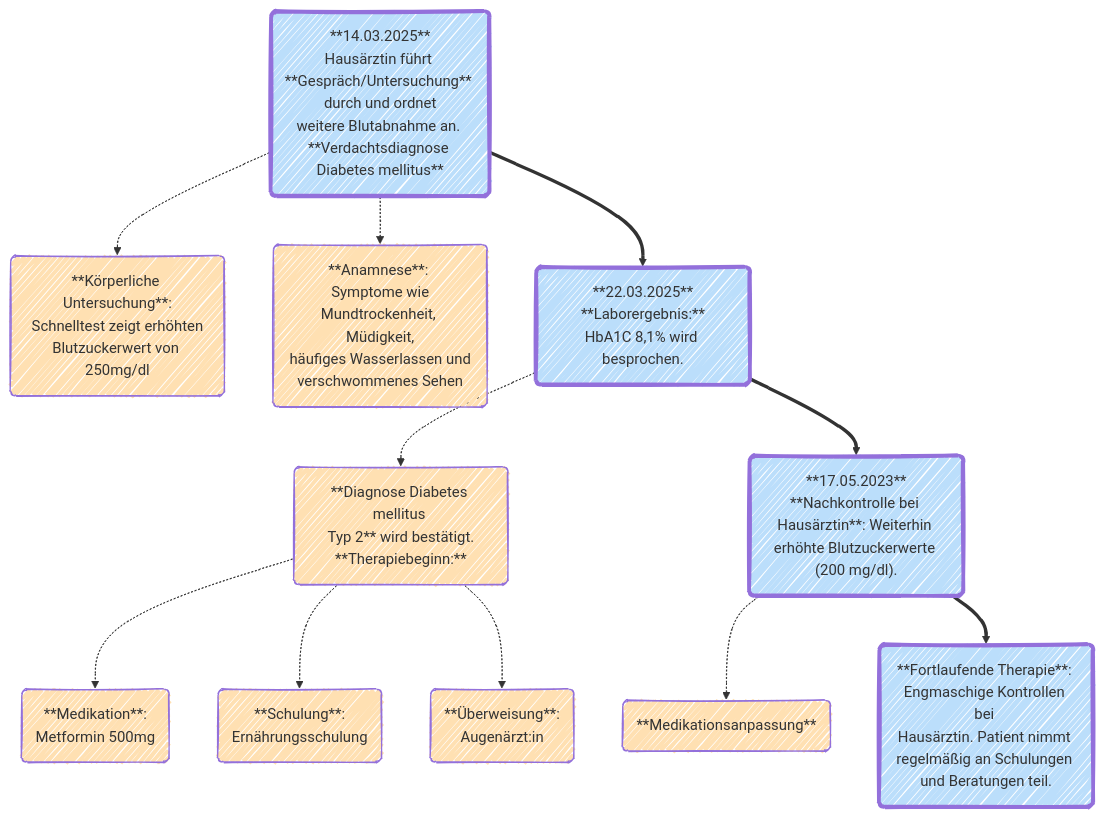
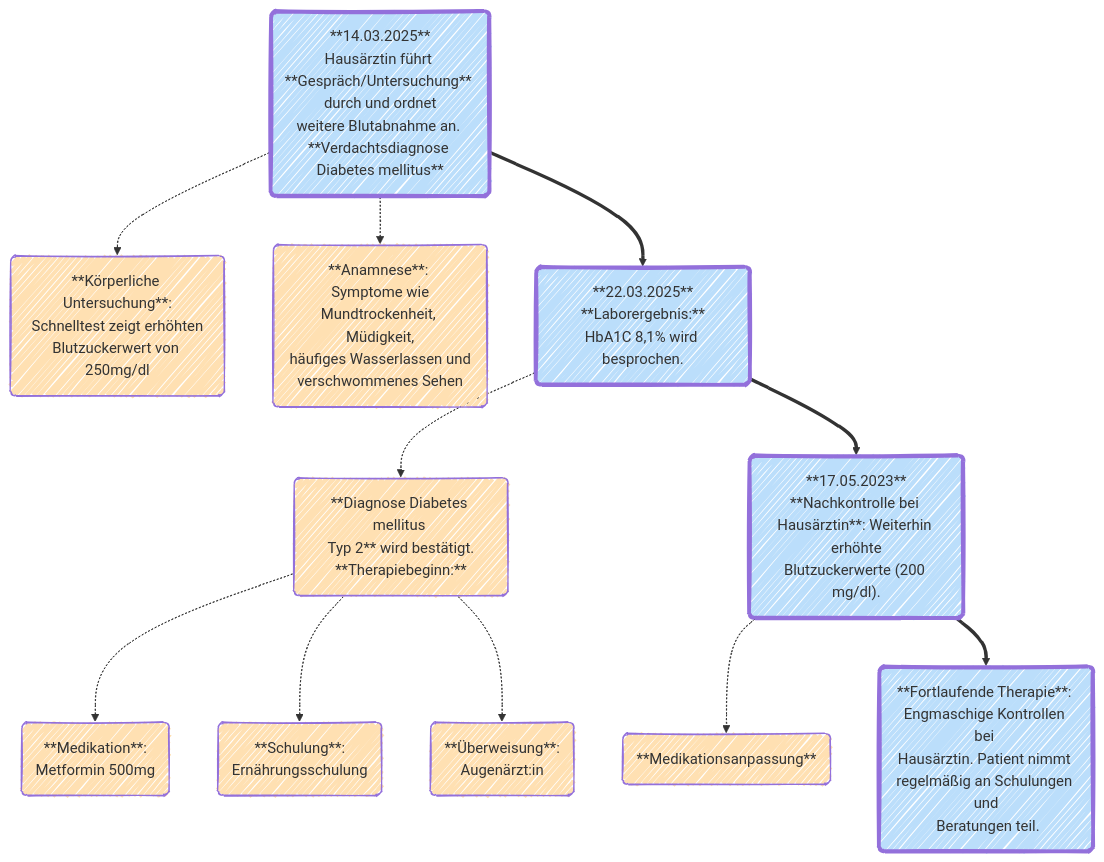
One commit to HL7Austria/ELGA-IV-Diabetes-R4 changed the diagram in input/pagecontent/anwendungsfaelle.md. Above: the diagram before and after it, drawn with Mermaid.

Commit message:
Fix mermaid problem

```diff
--- a/input/pagecontent/anwendungsfaelle.md
+++ b/input/pagecontent/anwendungsfaelle.md
@@ -37,31 +37,31 @@
 <pre class="mermaid">
 ---
 config:
   look: handDrawn
   layout: fixed
 ---
 flowchart TD
 A("**14.03.2025**<br/>Hausärztin führt <br/>**Gespräch/Untersuchung** <br/>durch und ordnet<br/>weitere Blutabnahme an. <br/>**Verdachtsdiagnose <br/>Diabetes mellitus**")
 A -.-> a1("**Körperliche Untersuchung**:<br/>Schnelltest zeigt erhöhten<br/>Blutzuckerwert von 250mg/dl")
 A -.-> a2("**Anamnese**: <br/>Symptome wie<br/>Mundtrockenheit, Müdigkeit,<br/>häufiges Wasserlassen und<br/>verschwommenes Sehen")
 A ==> B("**22.03.2025**<br/>**Laborergebnis:**<br/>HbA1C 8,1% wird besprochen.")
 B -.-> b1("**Diagnose Diabetes mellitus <br/>Typ 2** wird bestätigt.<br/>**Therapiebeginn:**")
 b1 -.-> bb1("**Medikation**: <br/>Metformin 500mg")
 b1 -.-> bb2("**Schulung**: <br/>Ernährungsschulung")
 b1 -.-> bb3("**Überweisung**: <br/>Augenärzt:in")
-B ==> C("**17.05.2023**<br/>**Nachkontrolle bei <br/>Hausärztin**: Weiterhin erhöhte Blutzuckerwerte (200 mg/dl).")
+B ==> C("**17.05.2023**<br/>**Nachkontrolle bei <br/>Hausärztin**: Weiterhin erhöhte<br/>Blutzuckerwerte (200 mg/dl).")
 C -.-> c1("**Medikationsanpassung**")
-C ==> D("**Fortlaufende Therapie**: <br/>Engmaschige Kontrollen bei <br/>Hausärztin. Patient nimmt <br/>regelmäßig an Schulungen und Beratungen teil.")
+C ==> D("**Fortlaufende Therapie**: <br/>Engmaschige Kontrollen bei <br/>Hausärztin. Patient nimmt <br/>regelmäßig an Schulungen und<br/> Beratungen teil.")
 
 style A fill:#BBDEFB,stroke-width:4px
 style a1 fill:#FFE0B2
 style a2 fill:#FFE0B2
 style B fill:#BBDEFB,stroke-width:4px
 style b1 fill:#FFE0B2
 style bb1 fill:#FFE0B2
 style bb2 fill:#FFE0B2
 style bb3 fill:#FFE0B2
 style C fill:#BBDEFB,stroke-width:4px
 style c1 fill:#FFE0B2
 style D fill:#BBDEFB,stroke-width:4px
 </pre> 
```
